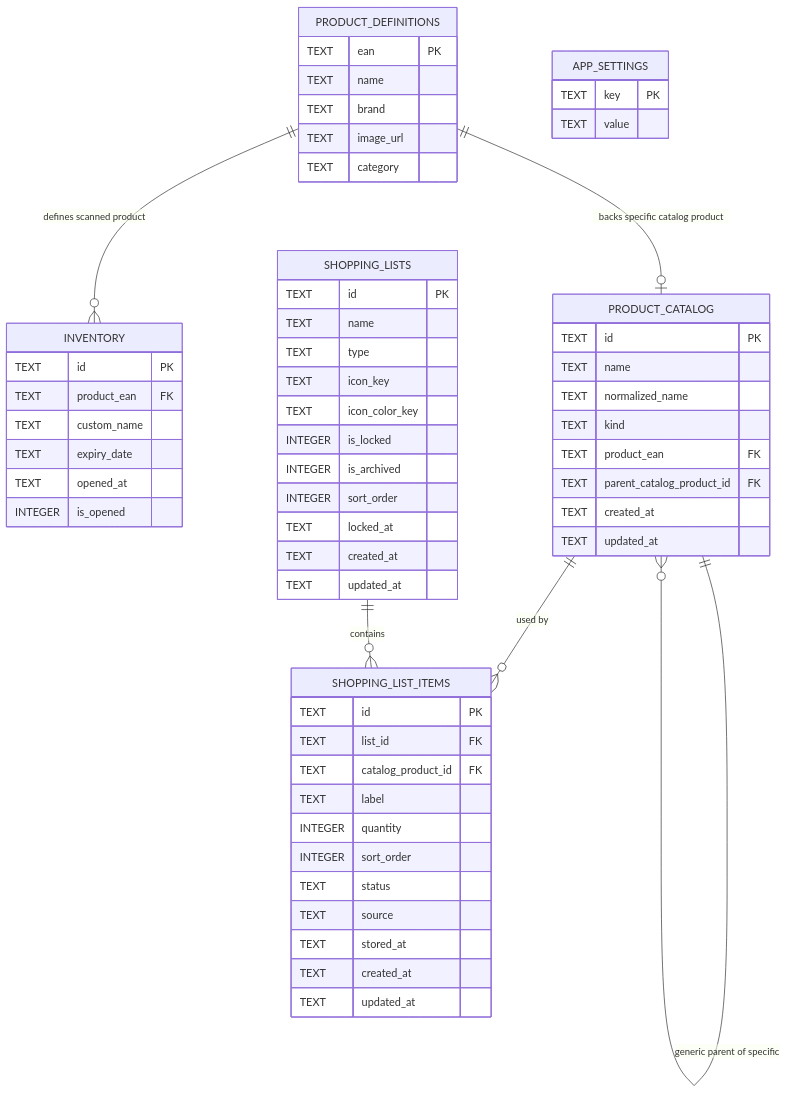
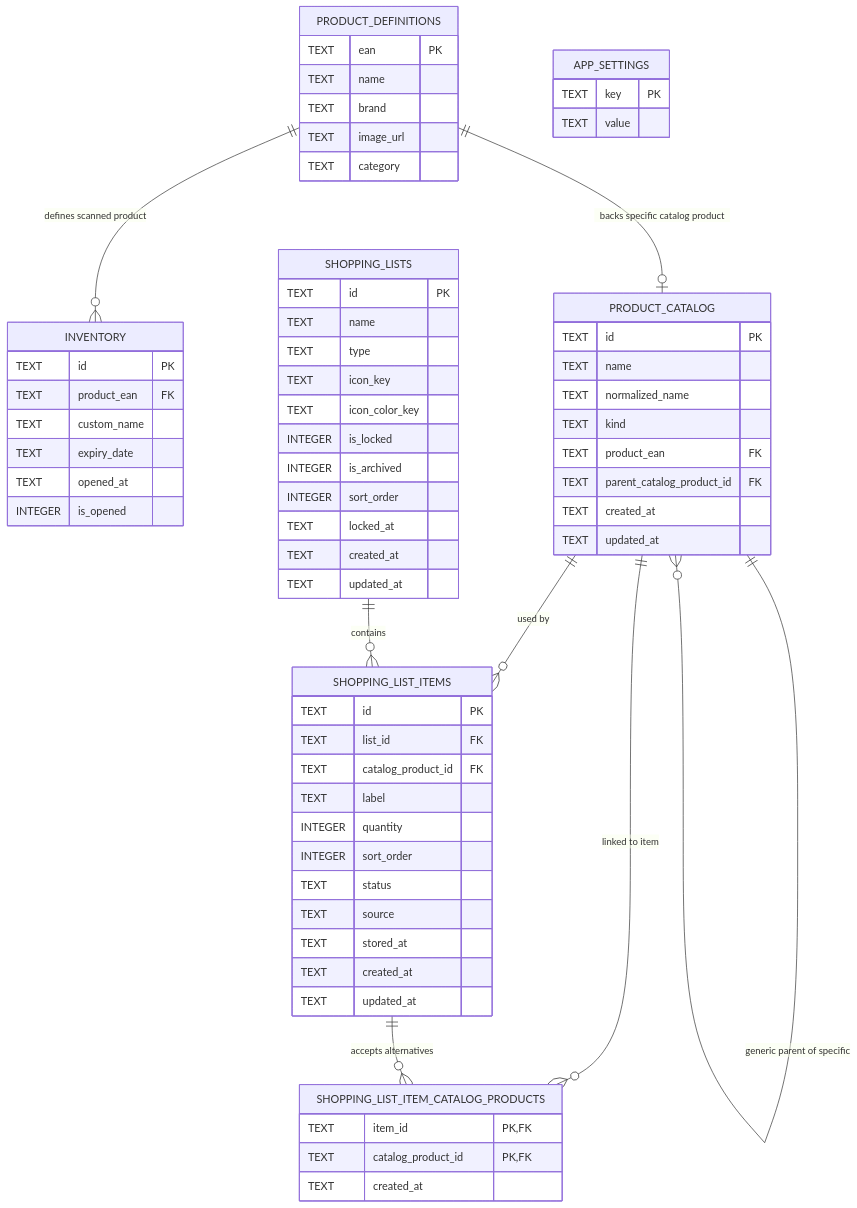
The diagram in docs/db/schema.md (nazwa-zespolu/ShelfChef), drawn with Mermaid before and after one commit. The commit also changed other lines of this file and 8 other files, not shown here.

Commit message:
feat: link shopping items with catalog products and simplify product types

````diff
--- a/docs/db/schema.md
+++ b/docs/db/schema.md
@@ -4,71 +4,79 @@
 ```mermaid
 erDiagram
     PRODUCT_DEFINITIONS {
         TEXT ean PK
         TEXT name
         TEXT brand
         TEXT image_url
         TEXT category
     }
 
     INVENTORY {
         TEXT id PK
         TEXT product_ean FK
         TEXT custom_name
         TEXT expiry_date
         TEXT opened_at
         INTEGER is_opened
     }
 
     APP_SETTINGS {
         TEXT key PK
         TEXT value
     }
 
     PRODUCT_CATALOG {
         TEXT id PK
         TEXT name
         TEXT normalized_name
         TEXT kind
         TEXT product_ean FK
         TEXT parent_catalog_product_id FK
         TEXT created_at
         TEXT updated_at
     }
 
     SHOPPING_LISTS {
         TEXT id PK
         TEXT name
         TEXT type
         TEXT icon_key
         TEXT icon_color_key
         INTEGER is_locked
         INTEGER is_archived
         INTEGER sort_order
         TEXT locked_at
         TEXT created_at
         TEXT updated_at
     }
 
     SHOPPING_LIST_ITEMS {
         TEXT id PK
         TEXT list_id FK
         TEXT catalog_product_id FK
         TEXT label
         INTEGER quantity
         INTEGER sort_order
         TEXT status
         TEXT source
         TEXT stored_at
         TEXT created_at
         TEXT updated_at
     }
 
+    SHOPPING_LIST_ITEM_CATALOG_PRODUCTS {
+        TEXT item_id PK,FK
+        TEXT catalog_product_id PK,FK
+        TEXT created_at
+    }
+
     PRODUCT_DEFINITIONS ||--o{ INVENTORY : "defines scanned product"
     PRODUCT_DEFINITIONS ||--o| PRODUCT_CATALOG : "backs specific catalog product"
 
     PRODUCT_CATALOG ||--o{ SHOPPING_LIST_ITEMS : "used by"
     PRODUCT_CATALOG ||--o{ PRODUCT_CATALOG : "generic parent of specific"
+    PRODUCT_CATALOG ||--o{ SHOPPING_LIST_ITEM_CATALOG_PRODUCTS : "linked to item"
 
     SHOPPING_LISTS ||--o{ SHOPPING_LIST_ITEMS : "contains"
+    SHOPPING_LIST_ITEMS ||--o{ SHOPPING_LIST_ITEM_CATALOG_PRODUCTS : "accepts alternatives"
 ```
````
